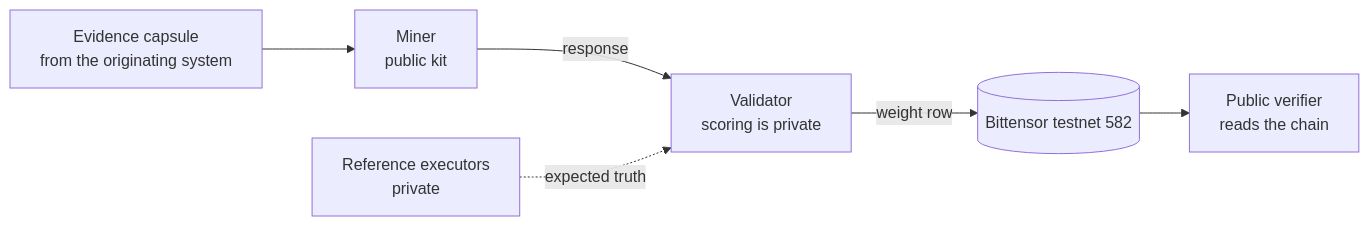
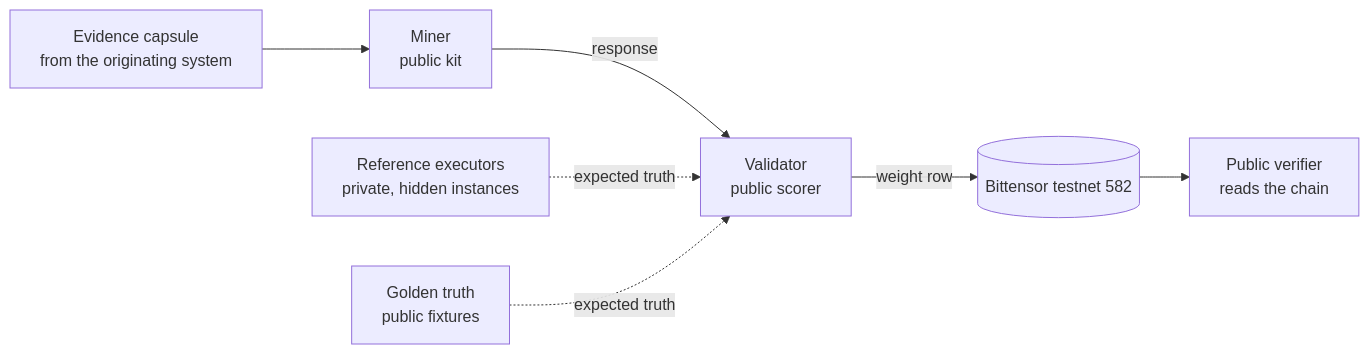
The diagram in README.md (provenonce-ai/sn87-provenonce-public), drawn with Mermaid before and after one commit. The commit also changed other lines of this file and 122 other files, not shown here.

Commit message:
Sync from the source repository: miner launcher and announcement format, published truth for public fixtures, guides run in CI, contest-window and admission tooling, release-note fragments, profile versions IC-FIRST-LIGHT-MIN-2 and MIN-3 (committed, not active)

````diff
--- a/README.md
+++ b/README.md
@@ -126,8 +138,9 @@
 ```mermaid
 flowchart LR
     S[Evidence capsule<br/>from the originating system] --> M[Miner<br/>public kit]
-    M -->|response| V[Validator<br/>scoring is private]
+    M -->|response| V[Validator<br/>public scorer]
     V -->|weight row| C[(Bittensor testnet 582)]
     C --> X[Public verifier<br/>reads the chain]
-    R[Reference executors<br/>private] -.->|expected truth| V
+    R[Reference executors<br/>private, hidden instances] -.->|expected truth| V
+    G[Golden truth<br/>public fixtures] -.->|expected truth| V
 ```
````
